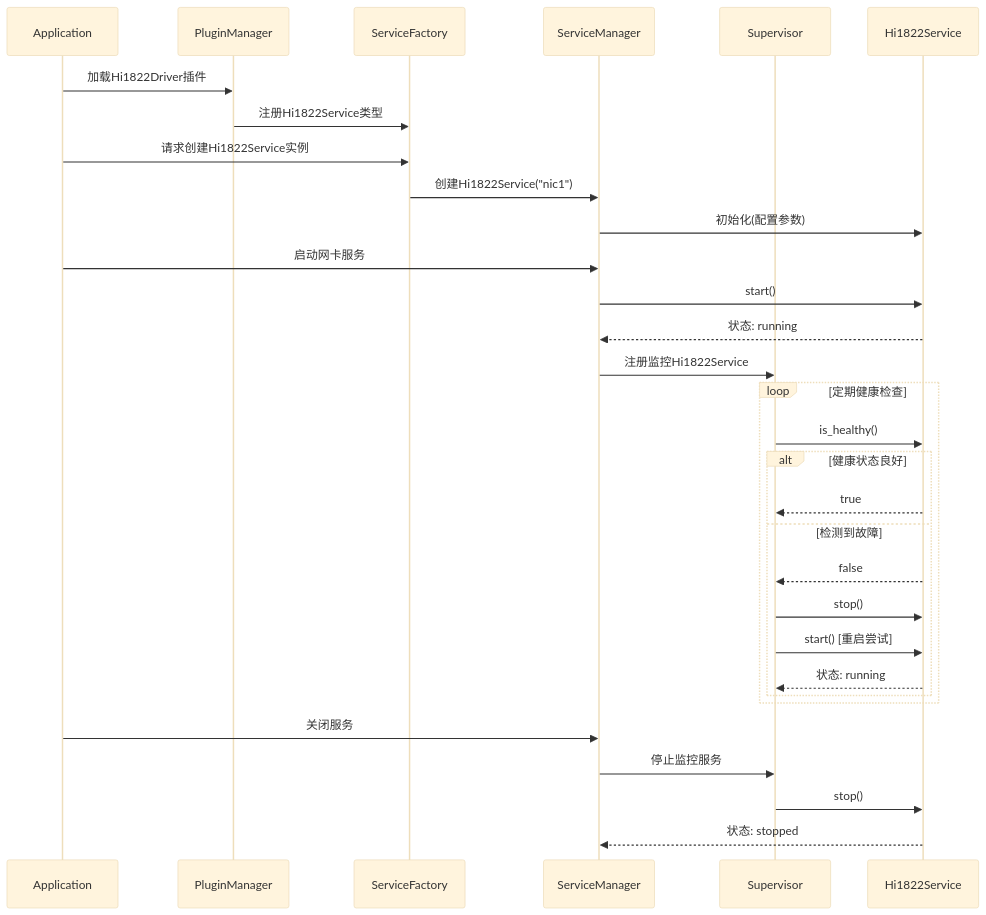
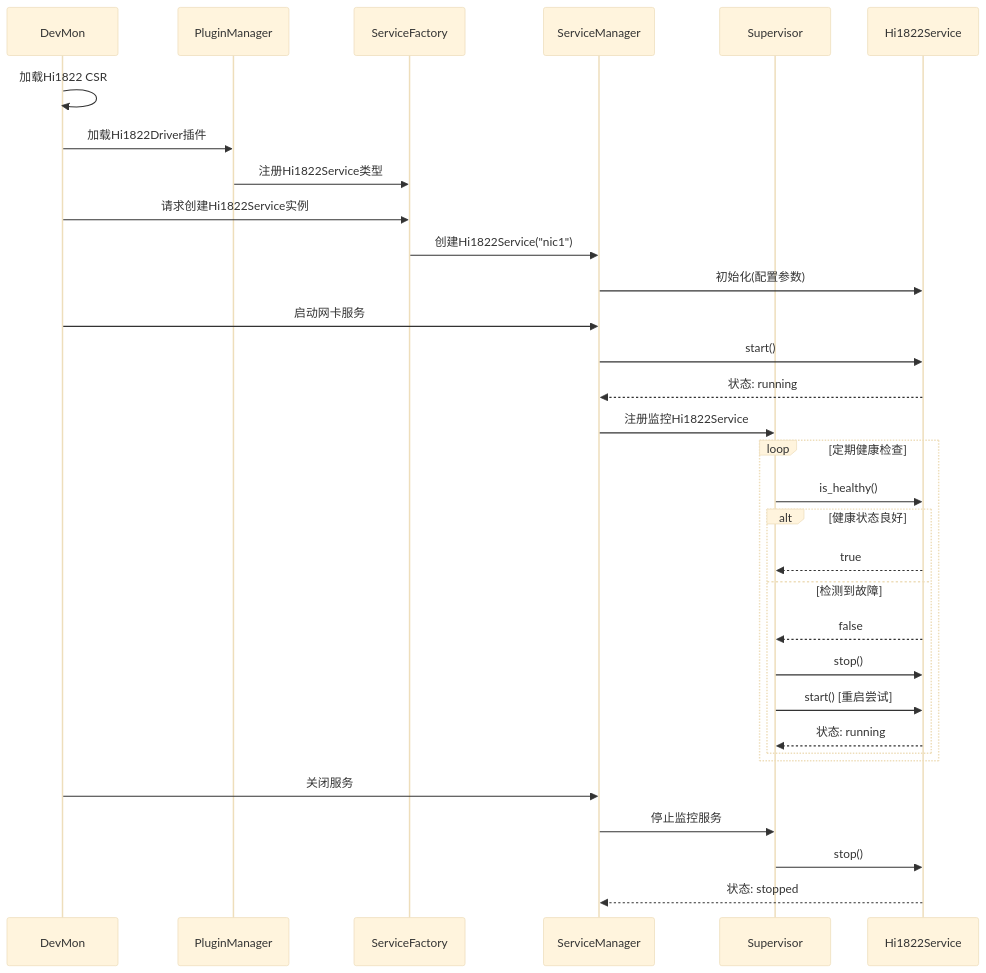
One commit to RobertJYang/libmcpp changed the sixth of 8 diagrams in docs/2.application_design.md. Above: the diagram before and after it, drawn with Mermaid (base theme). The commit also changed other lines of this file and 1 other file, not shown here.

````diff
--- a/docs/2.application_design.md
+++ b/docs/2.application_design.md
@@ -496,45 +496,46 @@
 ```mermaid
 sequenceDiagram
-    participant App as Application
+    participant App as DevMon
     participant PM as PluginManager
     participant SF as ServiceFactory
     participant SM as ServiceManager
     participant SV as Supervisor
     participant NIC as Hi1822Service
     
     %% 插件加载阶段
+    App->>App: 加载Hi1822 CSR
     App->>PM: 加载Hi1822Driver插件
     PM->>SF: 注册Hi1822Service类型
     
     %% 服务创建阶段
     App->>SF: 请求创建Hi1822Service实例
     SF->>SM: 创建Hi1822Service("nic1")
     SM->>NIC: 初始化(配置参数)
     
     %% 服务启动阶段
     App->>SM: 启动网卡服务
     SM->>NIC: start()
     NIC-->>SM: 状态: running
     
     %% 监督阶段
     SM->>SV: 注册监控Hi1822Service
     
     %% 运行时监控
     loop 定期健康检查
         SV->>NIC: is_healthy()
         alt 健康状态良好
             NIC-->>SV: true
         else 检测到故障
             NIC-->>SV: false
             SV->>NIC: stop()
             SV->>NIC: start() [重启尝试]
             NIC-->>SV: 状态: running
         end
     end
     
     %% 关闭阶段
     App->>SM: 关闭服务
     SM->>SV: 停止监控服务
     SV->>NIC: stop()
     NIC-->>SM: 状态: stopped
 ```
````
